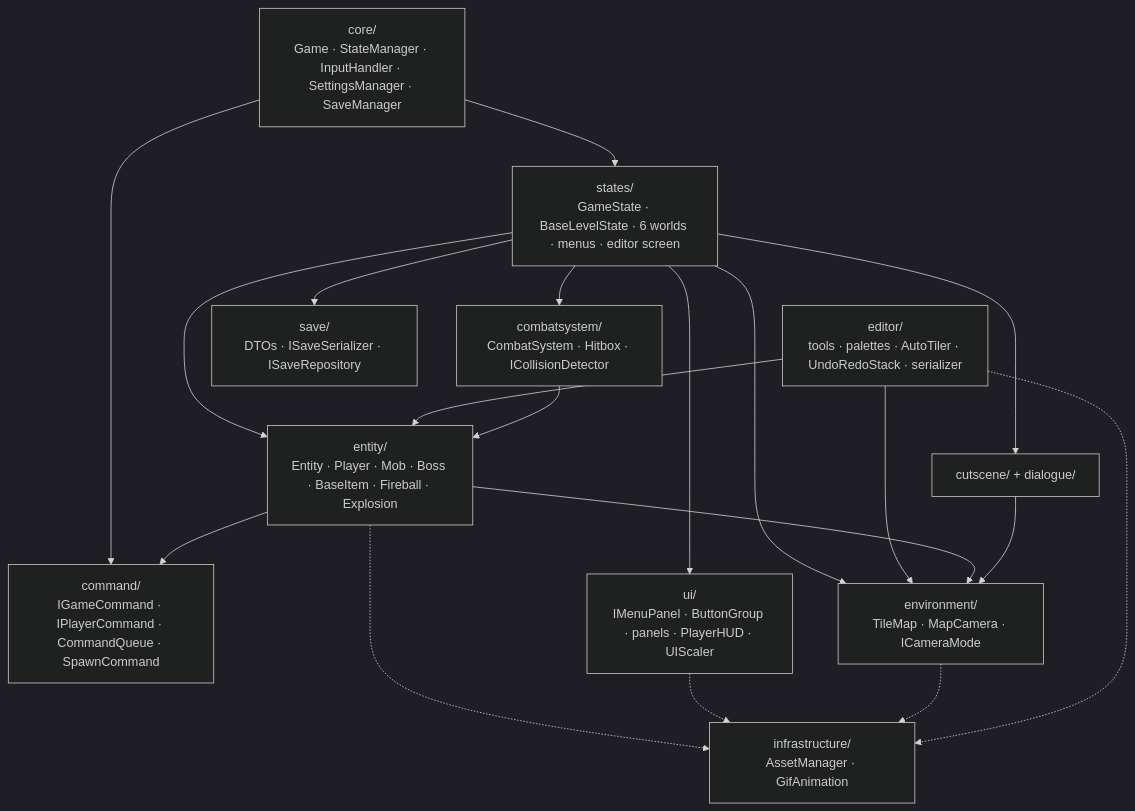
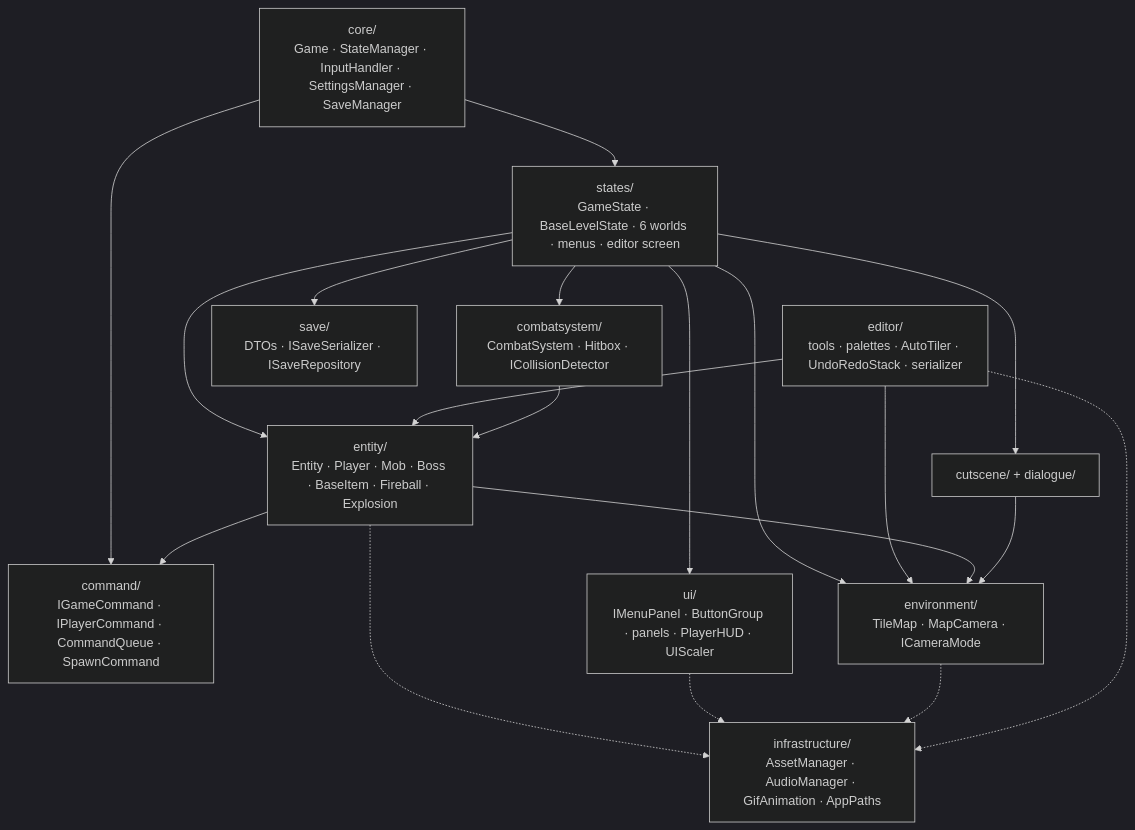
One commit to ltbinh812/Super_Mario_Plus changed diagram 29 of 53 in Group51/SuperMarioPlus_Design_Report.md. Above: the diagram before and after it, drawn with Mermaid (dark theme). The commit also changed other lines of this file and 85 other files, not shown here.

````diff
--- a/Group51/SuperMarioPlus_Design_Report.md
+++ b/Group51/SuperMarioPlus_Design_Report.md
@@ -1816,33 +1851,33 @@
 ```mermaid
 flowchart TD
     CORE["core/<br/>Game · StateManager · InputHandler · SettingsManager · SaveManager"]
     STATES["states/<br/>GameState · BaseLevelState · 6 worlds · menus · editor screen"]
     CMD["command/<br/>IGameCommand · IPlayerCommand · CommandQueue · SpawnCommand"]
     ENT["entity/<br/>Entity · Player · Mob · Boss · BaseItem · Fireball · Explosion"]
     ENV["environment/<br/>TileMap · MapCamera · ICameraMode"]
     CBT["combatsystem/<br/>CombatSystem · Hitbox · ICollisionDetector"]
     UI["ui/<br/>IMenuPanel · ButtonGroup · panels · PlayerHUD · UIScaler"]
     ED["editor/<br/>tools · palettes · AutoTiler · UndoRedoStack · serializer"]
     SAVE["save/<br/>DTOs · ISaveSerializer · ISaveRepository"]
     CUT["cutscene/ + dialogue/"]
-    INF["infrastructure/<br/>AssetManager · GifAnimation"]
+    INF["infrastructure/<br/>AssetManager · AudioManager · GifAnimation · AppPaths"]
 
     CORE --> STATES
     CORE --> CMD
     STATES --> ENT
     STATES --> ENV
     STATES --> CBT
     STATES --> UI
     STATES --> SAVE
     STATES --> CUT
     ED --> ENV
     ED --> ENT
     ENT --> CMD
     ENT --> ENV
     CBT --> ENT
     CUT --> ENV
     ENT -.-> INF
     UI -.-> INF
     ENV -.-> INF
     ED -.-> INF
 ```
````
